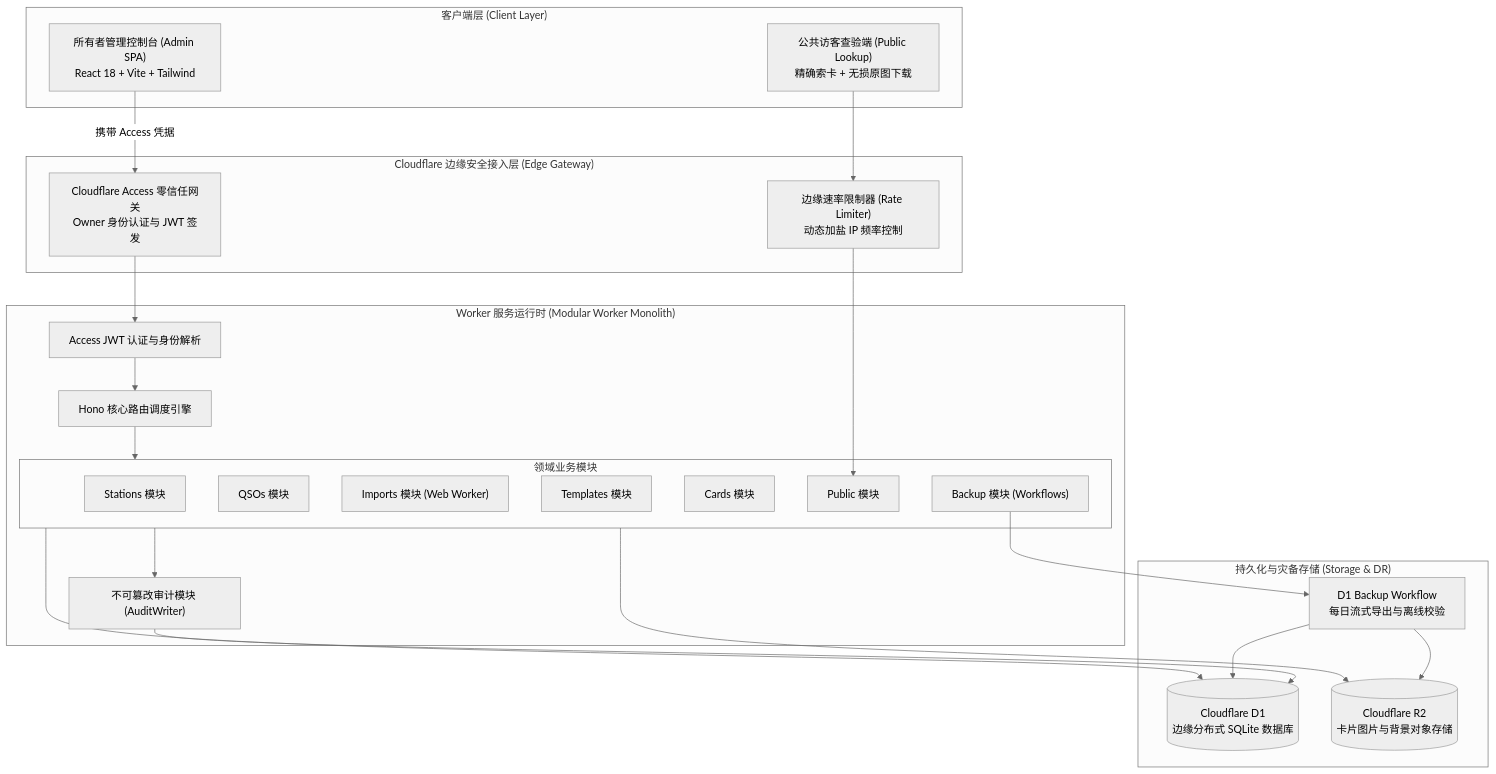
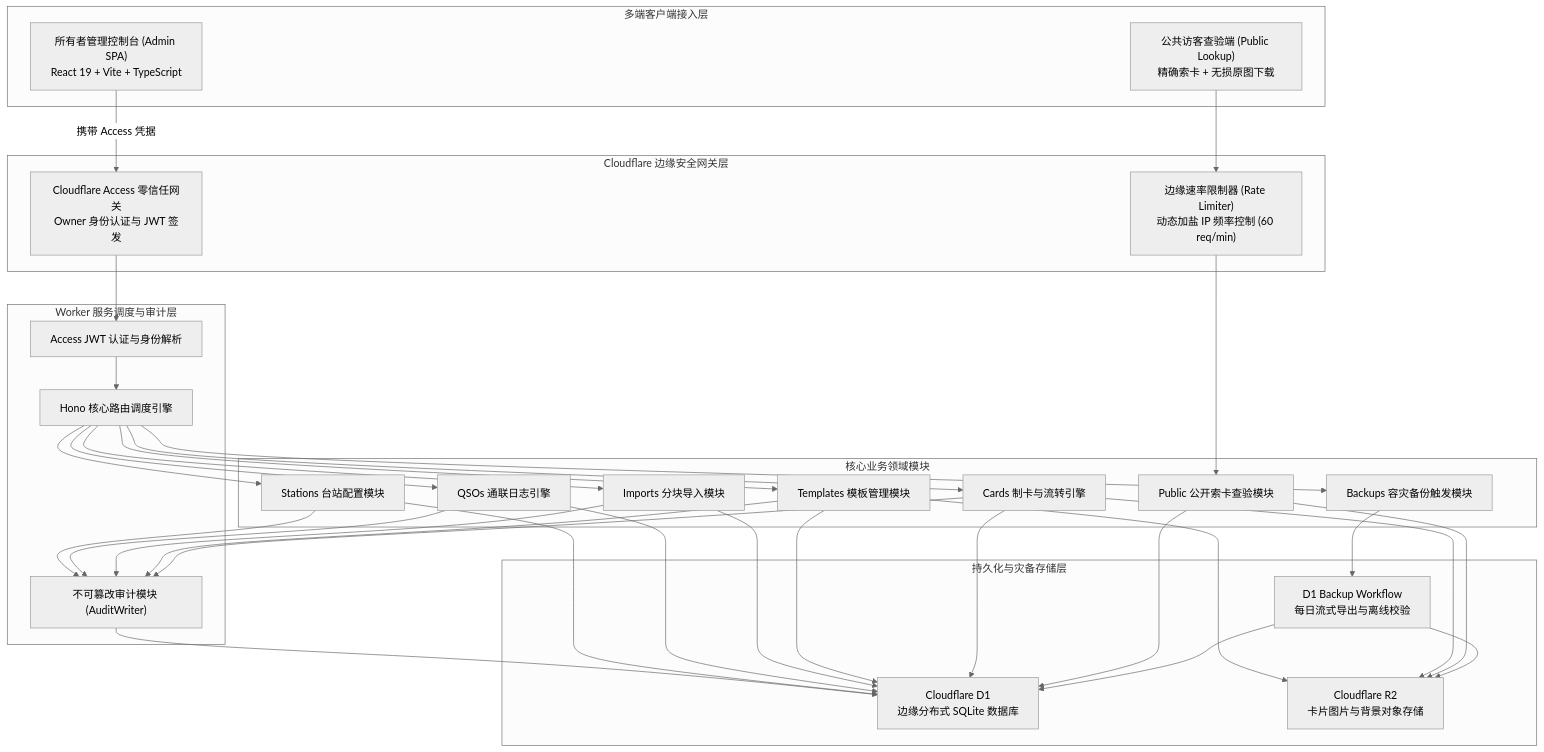
One commit to neilshare/myQSL changed the diagram in README.md. Above: the diagram before and after it, drawn with Mermaid (neutral theme). The commit also changed 2 other files, not shown here.

Commit message:
docs: fix Mermaid syntax by removing subgraph-targeted edges and cylinder quotes

````diff
--- a/README.md
+++ b/README.md
@@ -79,49 +79,69 @@
 ```mermaid
 flowchart TB
-    subgraph Client["客户端层 (Client Layer)"]
-        BrowserAdmin["所有者管理控制台 (Admin SPA)<br/>React 18 + Vite + Tailwind"]
+    subgraph Client["多端客户端接入层"]
+        BrowserAdmin["所有者管理控制台 (Admin SPA)<br/>React 19 + Vite + TypeScript"]
         BrowserPublic["公共访客查验端 (Public Lookup)<br/>精确索卡 + 无损原图下载"]
     end
 
-    subgraph Edge["Cloudflare 边缘安全接入层 (Edge Gateway)"]
+    subgraph Edge["Cloudflare 边缘安全网关层"]
         Access["Cloudflare Access 零信任网关<br/>Owner 身份认证与 JWT 签发"]
-        RateLimiter["边缘速率限制器 (Rate Limiter)<br/>动态加盐 IP 频率控制"]
+        RateLimiter["边缘速率限制器 (Rate Limiter)<br/>动态加盐 IP 频率控制 (60 req/min)"]
     end
 
-    subgraph Runtime["Worker 服务运行时 (Modular Worker Monolith)"]
+    subgraph Runtime["Worker 服务调度与审计层"]
         HonoApp["Hono 核心路由调度引擎"]
         AuthMid["Access JWT 认证与身份解析"]
         AuditMod["不可篡改审计模块 (AuditWriter)"]
-        
-        subgraph BusinessModules["领域业务模块"]
-            ModStation["Stations 模块"]
-            ModQso["QSOs 模块"]
-            ModImport["Imports 模块 (Web Worker)"]
-            ModTemplate["Templates 模块"]
-            ModCard["Cards 模块"]
-            ModPublic["Public 模块"]
-            ModBackup["Backup 模块 (Workflows)"]
-        end
     end
 
-    subgraph Storage["持久化与灾备存储 (Storage & DR)"]
-        D1DB[("Cloudflare D1<br/>边缘分布式 SQLite 数据库")]
-        R2Bucket[("Cloudflare R2<br/>卡片图片与背景对象存储")]
+    subgraph Modules["核心业务领域模块"]
+        ModStation["Stations 台站配置模块"]
+        ModQso["QSOs 通联日志引擎"]
+        ModImport["Imports 分块导入模块"]
+        ModTemplate["Templates 模板管理模块"]
+        ModCard["Cards 制卡与流转引擎"]
+        ModPublic["Public 公开索卡查验模块"]
+        ModBackup["Backups 容灾备份触发模块"]
+    end
+
+    subgraph Storage["持久化与灾备存储层"]
+        D1DB["Cloudflare D1<br/>边缘分布式 SQLite 数据库"]
+        R2Bucket["Cloudflare R2<br/>卡片图片与背景对象存储"]
         BackupWorkflow["D1 Backup Workflow<br/>每日流式导出与离线校验"]
     end
 
     BrowserAdmin -->|"携带 Access 凭据"| Access
     Access --> AuthMid
     BrowserPublic --> RateLimiter
     RateLimiter --> ModPublic
 
     AuthMid --> HonoApp
-    HonoApp --> BusinessModules
-    BusinessModules --> AuditMod
+
+    HonoApp --> ModStation
+    HonoApp --> ModQso
+    HonoApp --> ModImport
+    HonoApp --> ModTemplate
+    HonoApp --> ModCard
+    HonoApp --> ModBackup
+
+    ModStation --> AuditMod
+    ModQso --> AuditMod
+    ModImport --> AuditMod
+    ModTemplate --> AuditMod
+    ModCard --> AuditMod
+
     AuditMod --> D1DB
-    BusinessModules --> D1DB
-    BusinessModules --> R2Bucket
+    ModStation --> D1DB
+    ModQso --> D1DB
+    ModImport --> D1DB
+    ModTemplate --> D1DB
+    ModTemplate --> R2Bucket
+    ModCard --> D1DB
+    ModCard --> R2Bucket
+    ModPublic --> D1DB
+    ModPublic --> R2Bucket
+
     ModBackup --> BackupWorkflow
     BackupWorkflow --> D1DB
     BackupWorkflow --> R2Bucket
 ```
````
